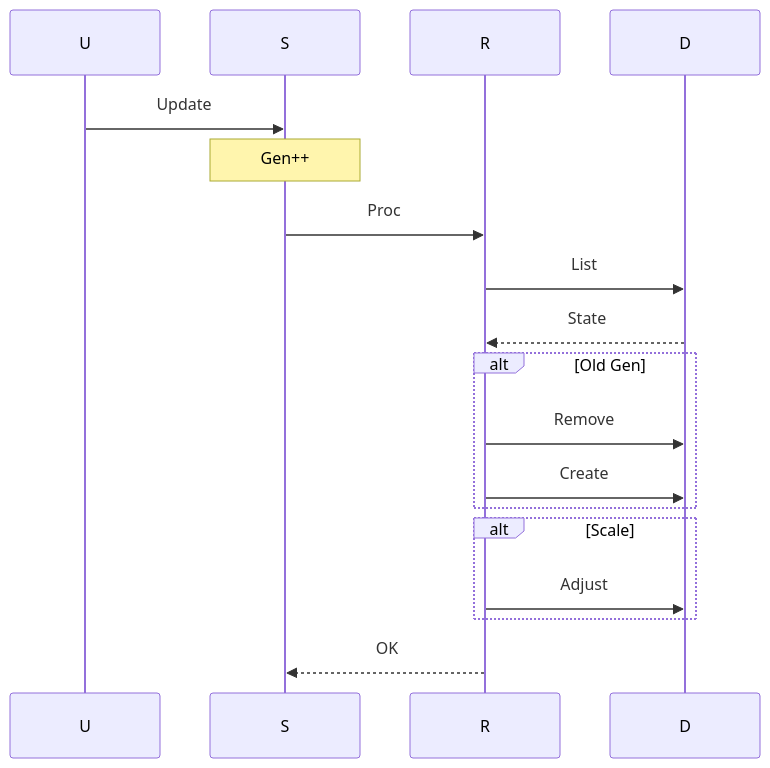
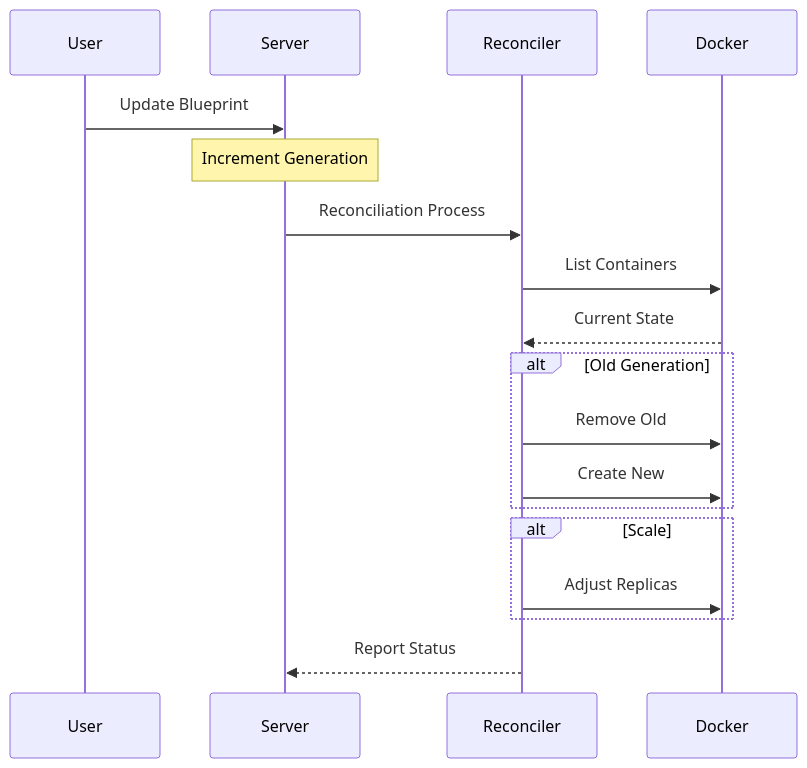
The fourth of 4 diagrams in README.md (cop-pilot-eu/cluster-1-integration), drawn with Mermaid before and after one commit. The commit also changed other lines of this file, not shown here.

````diff
--- a/README.md
+++ b/README.md
@@ -138,24 +138,24 @@
 ```mermaid
 sequenceDiagram
-    participant U
-    participant S
-    participant R
-    participant D
+    participant U as User
+    participant S as Server
+    participant R as Reconciler
+    participant D as Docker
 
-    U->>S: Update
-    Note over S: Gen++
-    S->>R: Proc
-    R->>D: List
-    D-->>R: State
+    U->>S: Update Blueprint
+    Note over S: Increment Generation
+    S->>R: Reconciliation Process
+    R->>D: List Containers
+    D-->>R: Current State
 
-    alt Old Gen
-        R->>D: Remove
-        R->>D: Create
+    alt Old Generation
+        R->>D: Remove Old
+        R->>D: Create New
     end
 
     alt Scale
-        R->>D: Adjust
+        R->>D: Adjust Replicas
     end
 
-    R-->>S: OK
+    R-->>S: Report Status
 ```
````
